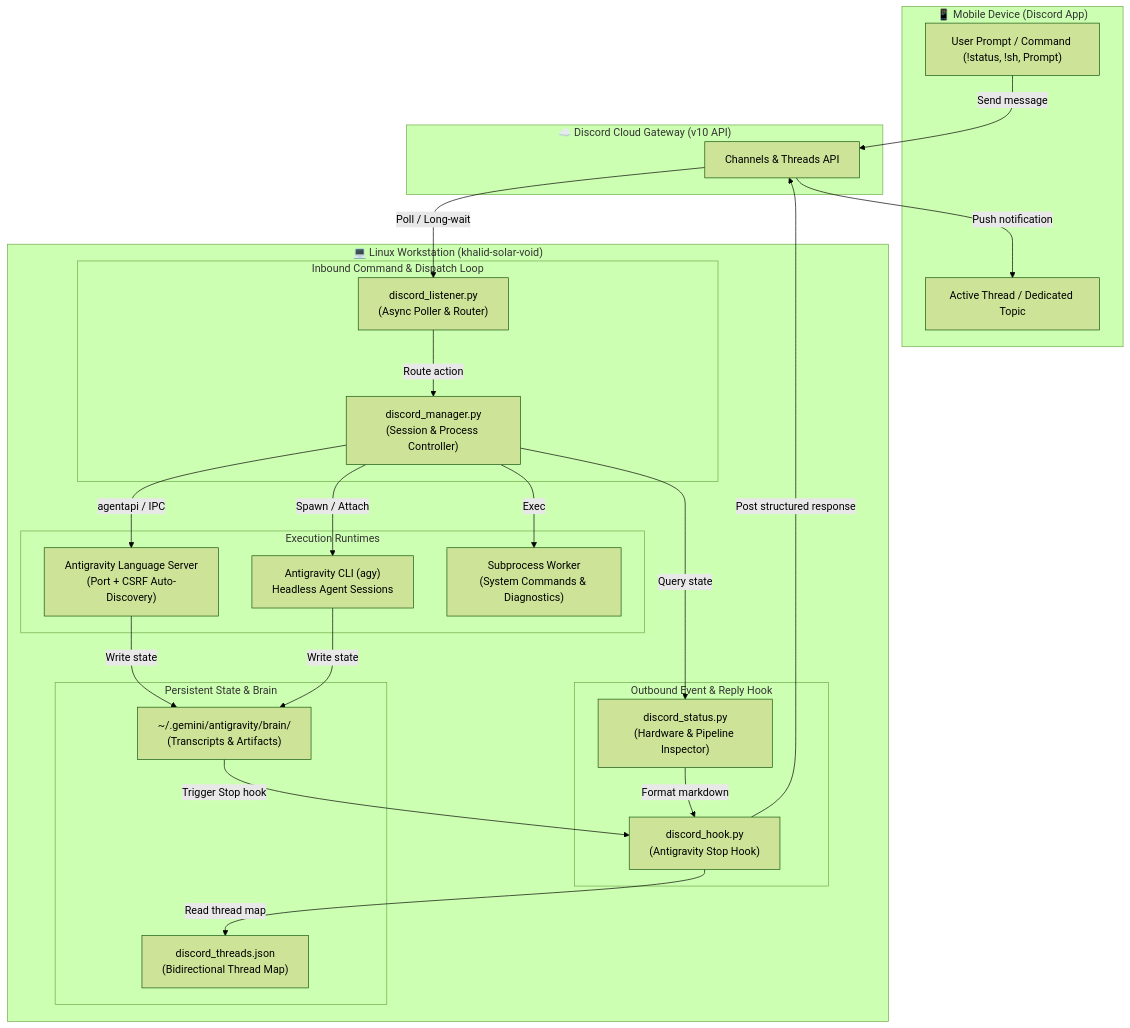
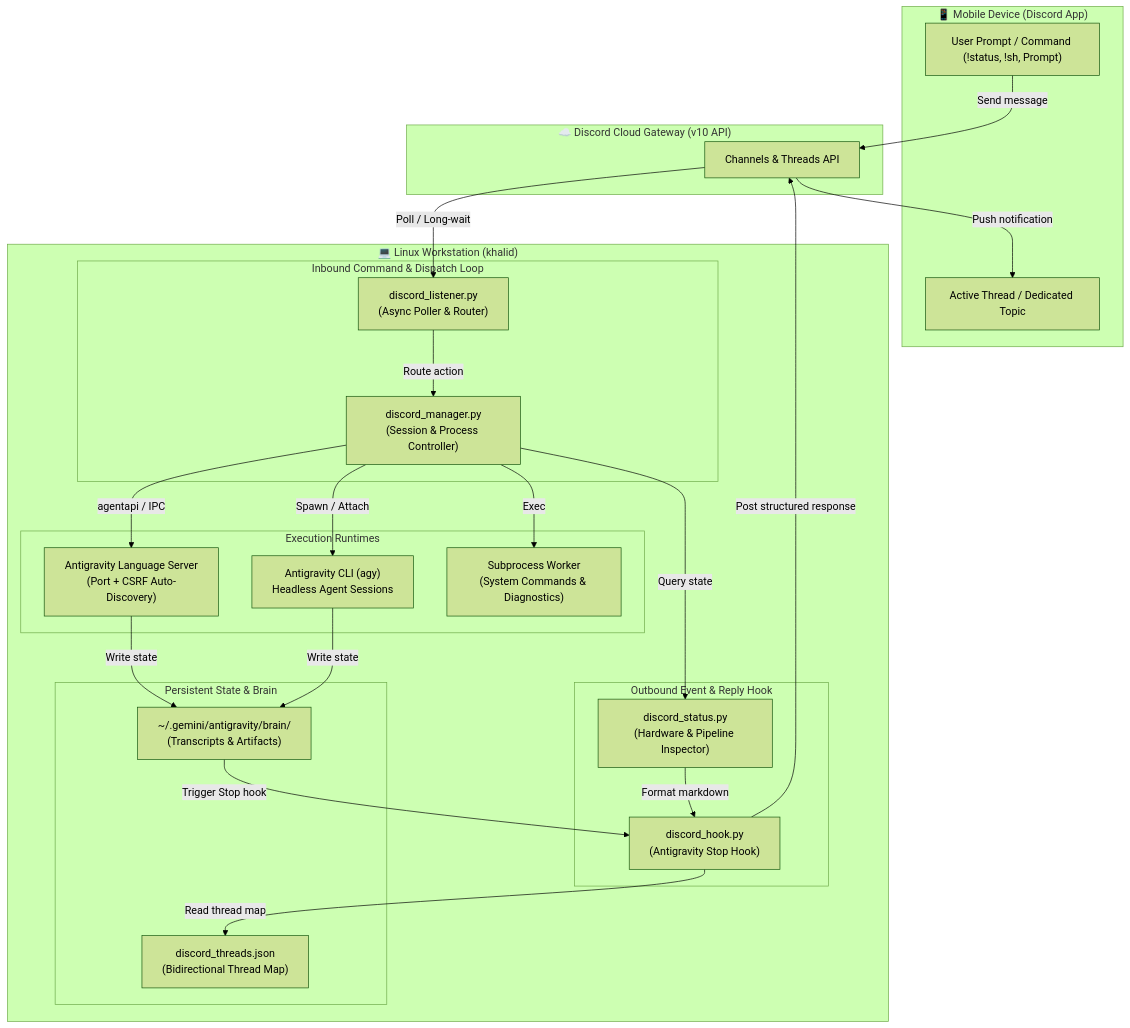
The first of 2 diagrams in README.md (kmbenjel/workstation-discord-bridge), drawn with Mermaid (forest theme) before and after one commit.

Commit message:
docs: correct workstation hostname to khalid

````diff
--- a/README.md
+++ b/README.md
@@ -29,52 +29,52 @@
 ```mermaid
 flowchart TB
     subgraph Mobile ["📱 Mobile Device (Discord App)"]
         UserPrompt["User Prompt / Command (!status, !sh, Prompt)"]
         MobileThread["Active Thread / Dedicated Topic"]
     end
 
     subgraph DiscordCloud ["☁️ Discord Cloud Gateway (v10 API)"]
         Gateway["Channels & Threads API"]
     end
 
-    subgraph Workstation ["💻 Linux Workstation (khalid-solar-void)"]
+    subgraph Workstation ["💻 Linux Workstation (khalid)"]
         subgraph InboundPipeline ["Inbound Command & Dispatch Loop"]
             Listener["discord_listener.py\n(Async Poller & Router)"]
             Manager["discord_manager.py\n(Session & Process Controller)"]
         end
 
         subgraph CoreRuntimes ["Execution Runtimes"]
             AntigravityLS["Antigravity Language Server\n(Port + CSRF Auto-Discovery)"]
             AgyCLI["Antigravity CLI (agy)\nHeadless Agent Sessions"]
             ShellWorker["Subprocess Worker\n(System Commands & Diagnostics)"]
         end
 
         subgraph OutboundPipeline ["Outbound Event & Reply Hook"]
             Hook["discord_hook.py\n(Antigravity Stop Hook)"]
             StatusGen["discord_status.py\n(Hardware & Pipeline Inspector)"]
         end
 
         subgraph Storage ["Persistent State & Brain"]
             Brain["~/.gemini/antigravity/brain/\n(Transcripts & Artifacts)"]
             ThreadsJSON["discord_threads.json\n(Bidirectional Thread Map)"]
         end
     end
 
     %% Inbound Flow
     UserPrompt -->|Send message| Gateway
     Gateway -->|Poll / Long-wait| Listener
     Listener -->|Route action| Manager
     Manager -->|agentapi / IPC| AntigravityLS
     Manager -->|Spawn / Attach| AgyCLI
     Manager -->|Exec| ShellWorker
     Manager -->|Query state| StatusGen
 
     %% Outbound Flow
     AntigravityLS -->|Write state| Brain
     AgyCLI -->|Write state| Brain
     Brain -->|Trigger Stop hook| Hook
     Hook -->|Read thread map| ThreadsJSON
     Hook -->|Post structured response| Gateway
     Gateway -->|Push notification| MobileThread
     StatusGen -->|Format markdown| Hook
 ```
````
